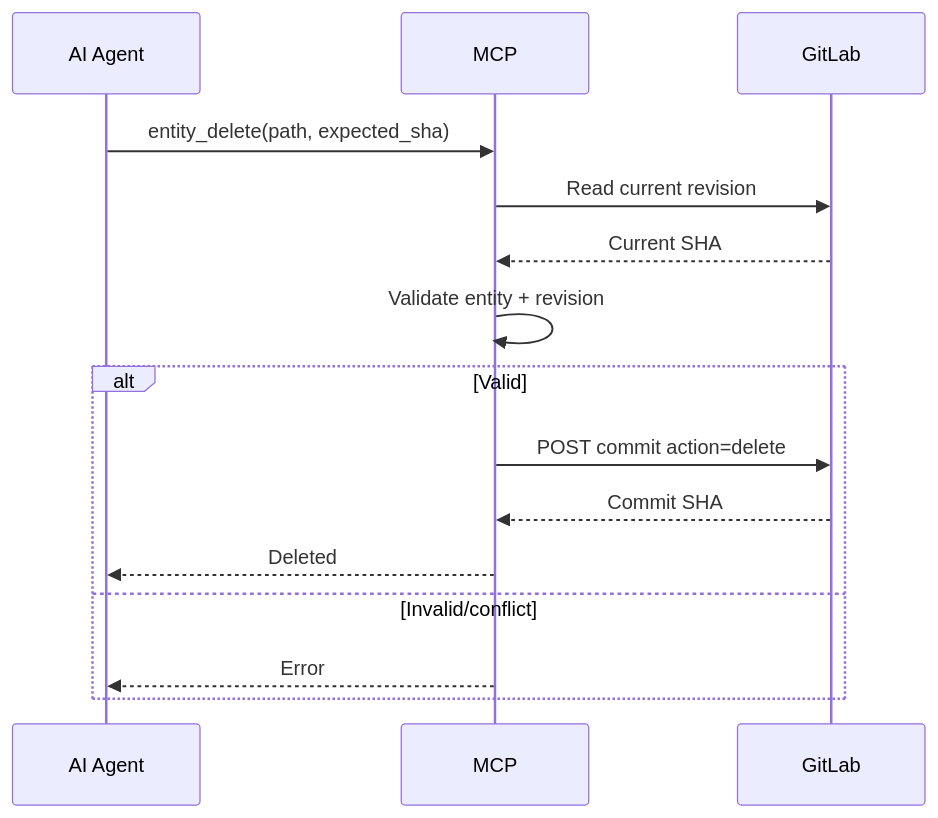
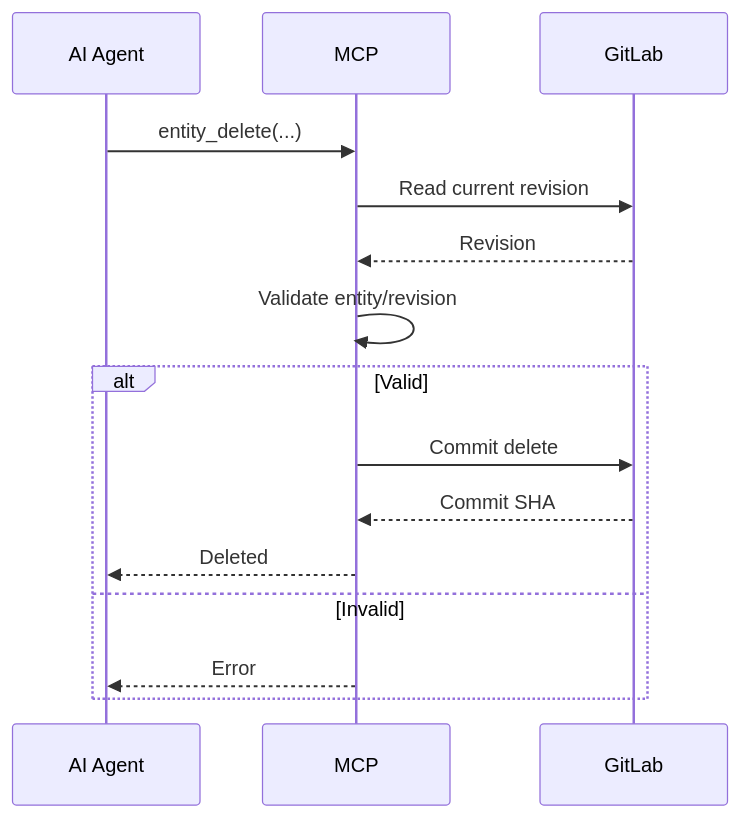
The eighth of 15 diagrams in AGENTS.md (SkySai1/ArchRepoMCP), drawn with Mermaid before and after one commit. The commit also changed other lines of this file, not shown here.

````diff
--- a/AGENTS.md
+++ b/AGENTS.md
@@ -916,19 +1193,19 @@
 ```mermaid
 sequenceDiagram
     participant A as AI Agent
     participant M as MCP
     participant G as GitLab
 
-    A->>M: entity_delete(path, expected_sha)
+    A->>M: entity_delete(...)
     M->>G: Read current revision
-    G-->>M: Current SHA
-    M->>M: Validate entity + revision
+    G-->>M: Revision
+    M->>M: Validate entity/revision
 
     alt Valid
-        M->>G: POST commit action=delete
+        M->>G: Commit delete
         G-->>M: Commit SHA
         M-->>A: Deleted
-    else Invalid/conflict
+    else Invalid
         M-->>A: Error
     end
 ```
````
